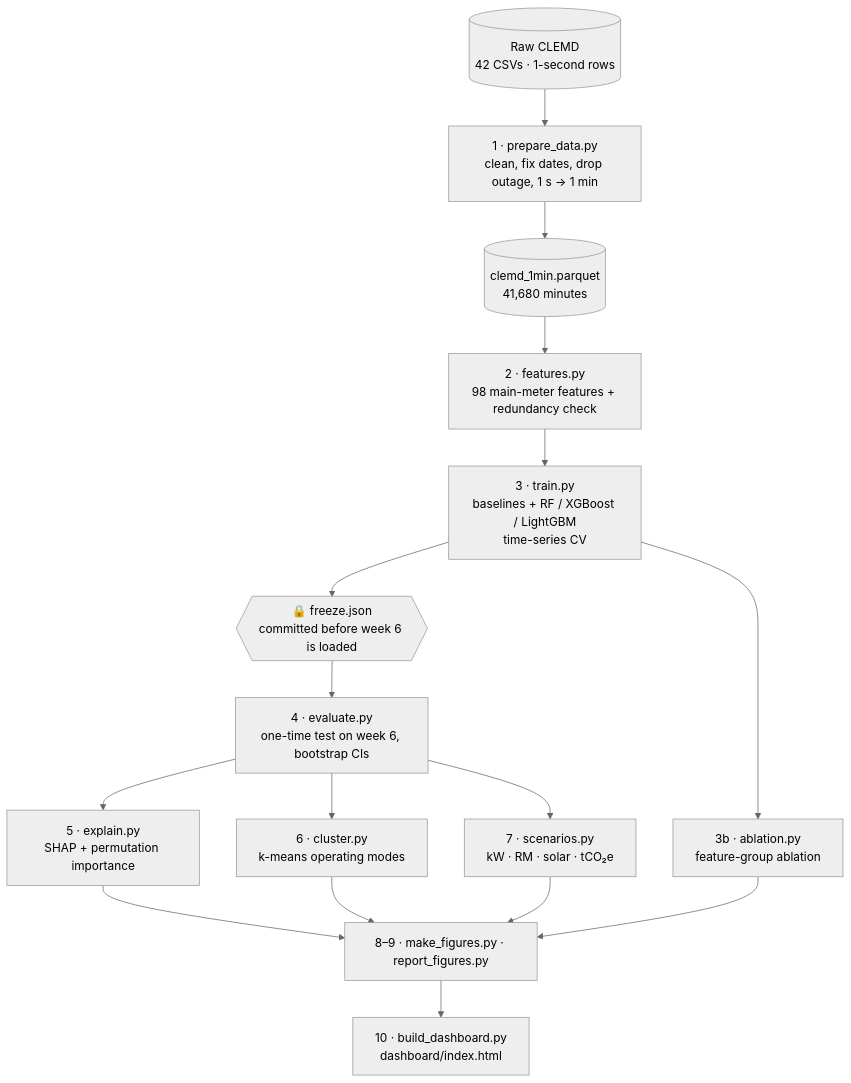
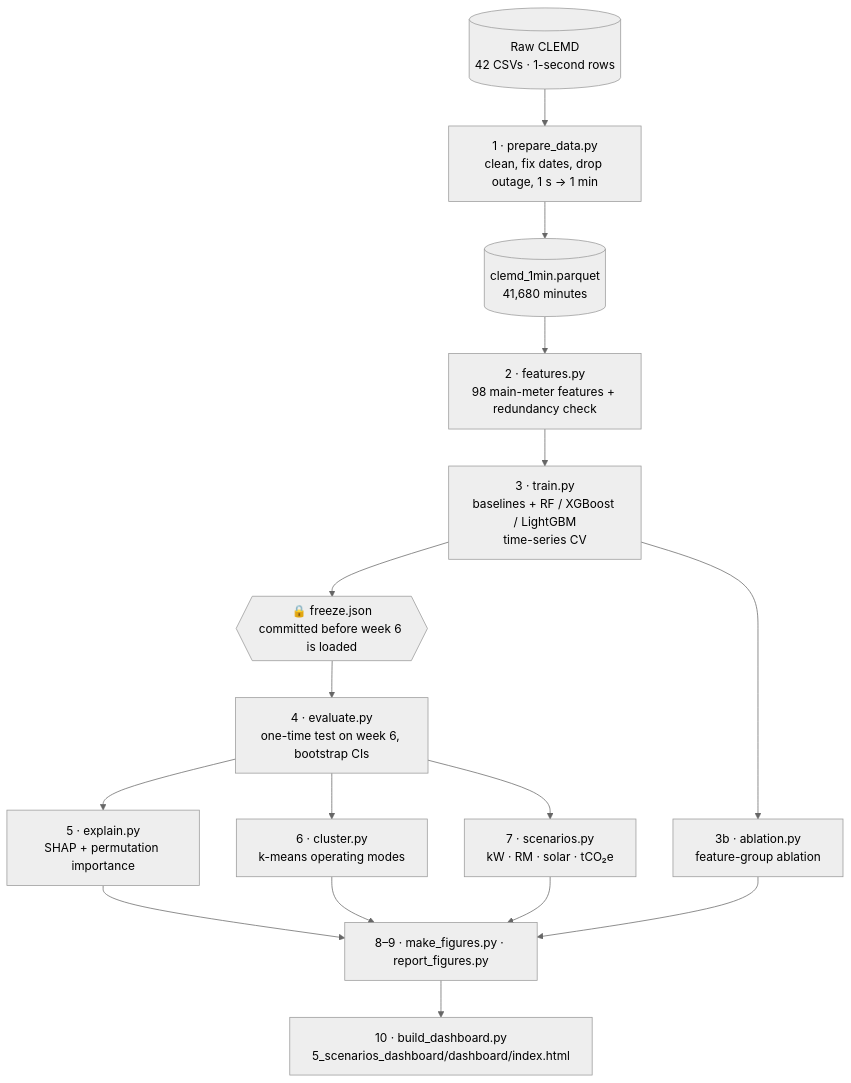
Before and after one commit to No0bmazt3r/ML-ASSIGNMENT: the fourth of 5 diagrams in README.md, drawn with Mermaid (neutral theme). The commit also changed other lines of this file and 17 other files, not shown here.

````diff
--- a/README.md
+++ b/README.md
@@ -141,15 +141,15 @@
 ```mermaid
 flowchart TD
     R[("Raw CLEMD<br/>42 CSVs · 1-second rows")] --> P["1 · prepare_data.py<br/>clean, fix dates, drop outage, 1 s → 1 min"]
     P --> PQ[("clemd_1min.parquet<br/>41,680 minutes")]
     PQ --> FE["2 · features.py<br/>98 main-meter features + redundancy check"]
     FE --> TR["3 · train.py<br/>baselines + RF / XGBoost / LightGBM<br/>time-series CV"]
     TR --> FZ{{"🔒 freeze.json<br/>committed before week 6 is loaded"}}
     TR --> AB["3b · ablation.py<br/>feature-group ablation"]
     FZ --> EV["4 · evaluate.py<br/>one-time test on week 6, bootstrap CIs"]
     EV --> EX["5 · explain.py<br/>SHAP + permutation importance"]
     EV --> CL["6 · cluster.py<br/>k-means operating modes"]
     EV --> SC["7 · scenarios.py<br/>kW · RM · solar · tCO₂e"]
     EX & CL & SC & AB --> FG["8–9 · make_figures.py · report_figures.py"]
-    FG --> DB["10 · build_dashboard.py<br/>dashboard/index.html"]
+    FG --> DB["10 · build_dashboard.py<br/>5_scenarios_dashboard/dashboard/index.html"]
 ```
````
